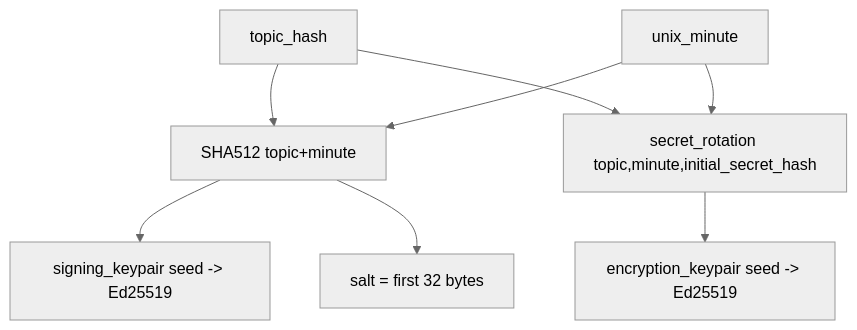
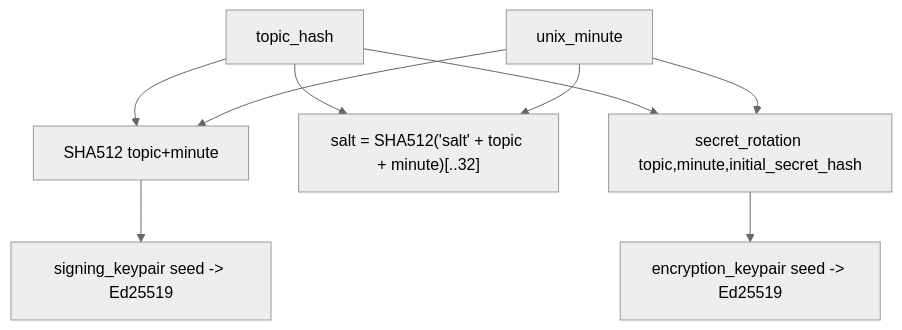
The seventh of 7 diagrams in ARCHITECTURE.md (rustonbsd/distributed-topic-tracker), drawn with Mermaid (neutral theme) before and after one commit. The commit also changed 7 other files, not shown here.

````diff
--- a/ARCHITECTURE.md
+++ b/ARCHITECTURE.md
@@ -239,11 +239,13 @@
 ```mermaid
 flowchart TD
   T[topic_hash] --> A[SHA512 topic+minute]
   M[unix_minute] --> A
   A --> S[signing_keypair seed -> Ed25519]
-  A --> L[salt = first 32 bytes]
+
+  T --> L["salt = SHA512('salt' + topic + minute)[..32]"]
+  M --> L
 
   T --> R[secret_rotation topic,minute,initial_secret_hash]
   M --> R
   R --> E[encryption_keypair seed -> Ed25519]
 ```
````
